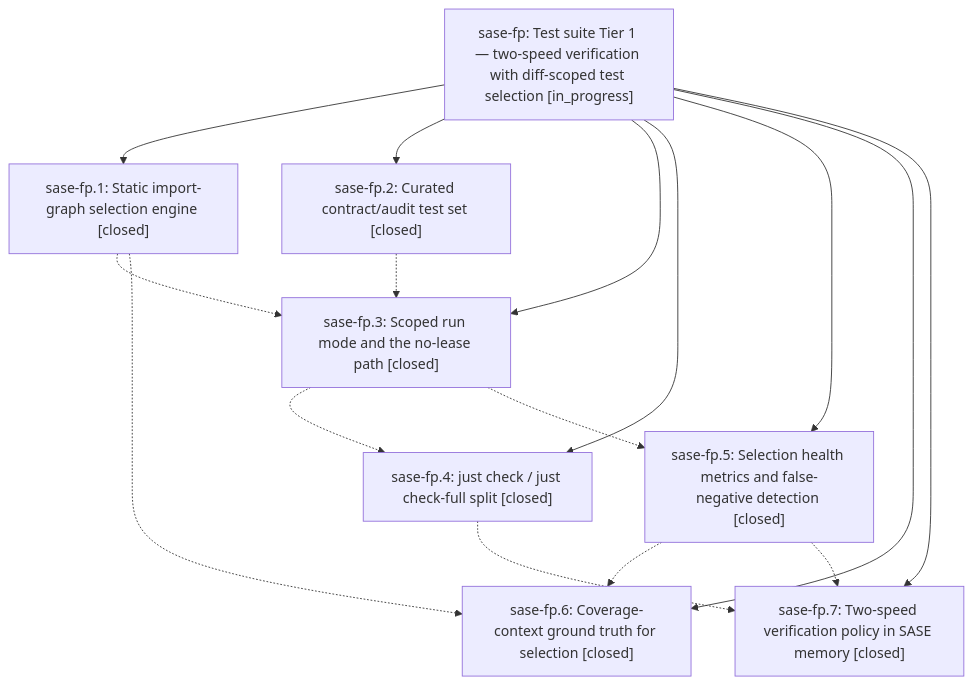
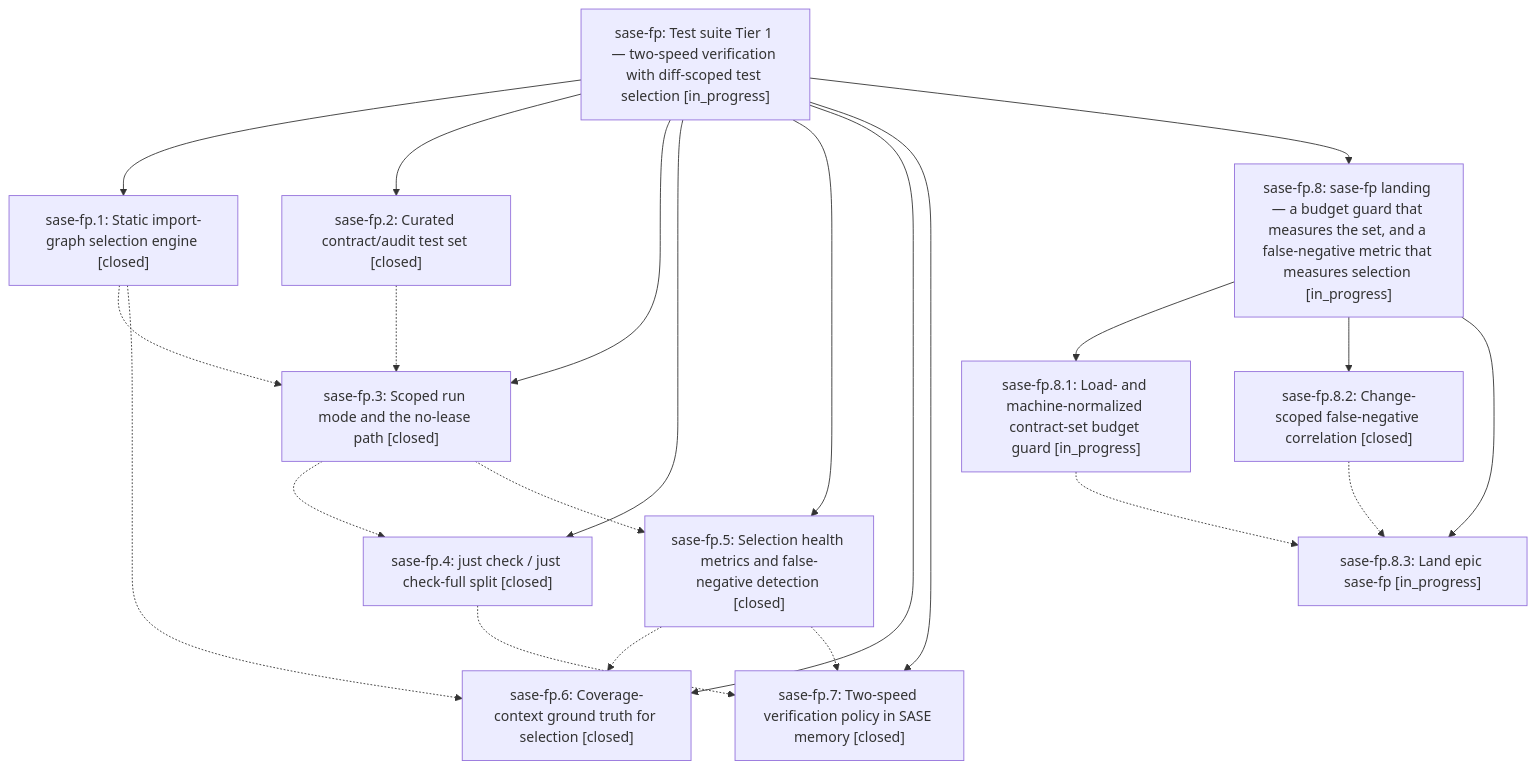
The diagram in pages/sase-fp/README.md (sase-org/sase--beads), drawn with Mermaid before and after one commit. The commit also changed other lines of this file and 4 other files, not shown here.

````diff
--- a/pages/sase-fp/README.md
+++ b/pages/sase-fp/README.md
@@ -36,26 +36,36 @@
 ```mermaid
 flowchart TD
     n0["sase-fp: Test suite Tier 1 — two-speed verification with diff-scoped test selection [in_progress]"]
     n1["sase-fp.1: Static import-graph selection engine [closed]"]
     n2["sase-fp.2: Curated contract/audit test set [closed]"]
     n3["sase-fp.3: Scoped run mode and the no-lease path [closed]"]
     n4["sase-fp.4: just check / just check-full split [closed]"]
     n5["sase-fp.5: Selection health metrics and false-negative detection [closed]"]
     n6["sase-fp.6: Coverage-context ground truth for selection [closed]"]
     n7["sase-fp.7: Two-speed verification policy in SASE memory [closed]"]
+    n8["sase-fp.8: sase-fp landing — a budget guard that measures the set, and a false-negative metric that measures selection [in_progress]"]
+    n9["sase-fp.8.1: Load- and machine-normalized contract-set budget guard [in_progress]"]
+    n10["sase-fp.8.2: Change-scoped false-negative correlation [closed]"]
+    n11["sase-fp.8.3: Land epic sase-fp [in_progress]"]
     n0 --> n1
     n0 --> n2
     n0 --> n3
     n0 --> n4
     n0 --> n5
     n0 --> n6
     n0 --> n7
+    n0 --> n8
+    n8 --> n9
+    n8 --> n10
+    n8 --> n11
     n1 -.-> n3
     n1 -.-> n6
     n2 -.-> n3
     n3 -.-> n4
     n3 -.-> n5
     n4 -.-> n7
     n5 -.-> n6
     n5 -.-> n7
+    n9 -.-> n11
+    n10 -.-> n11
 ```
````
